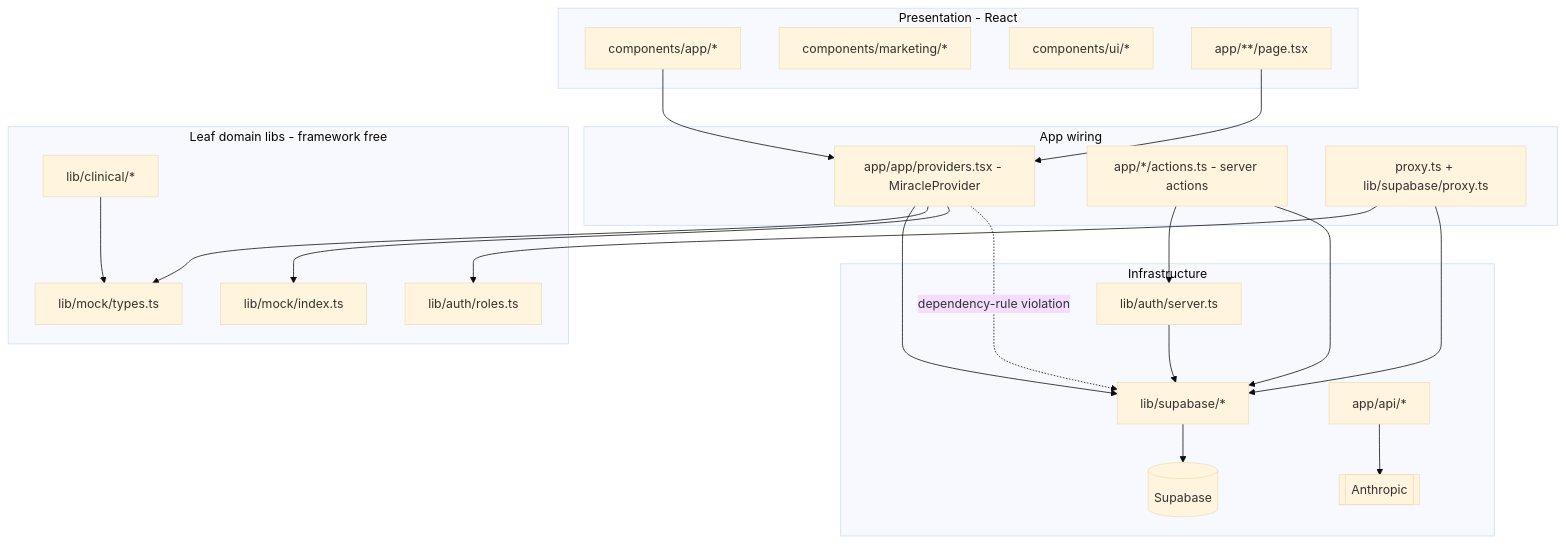
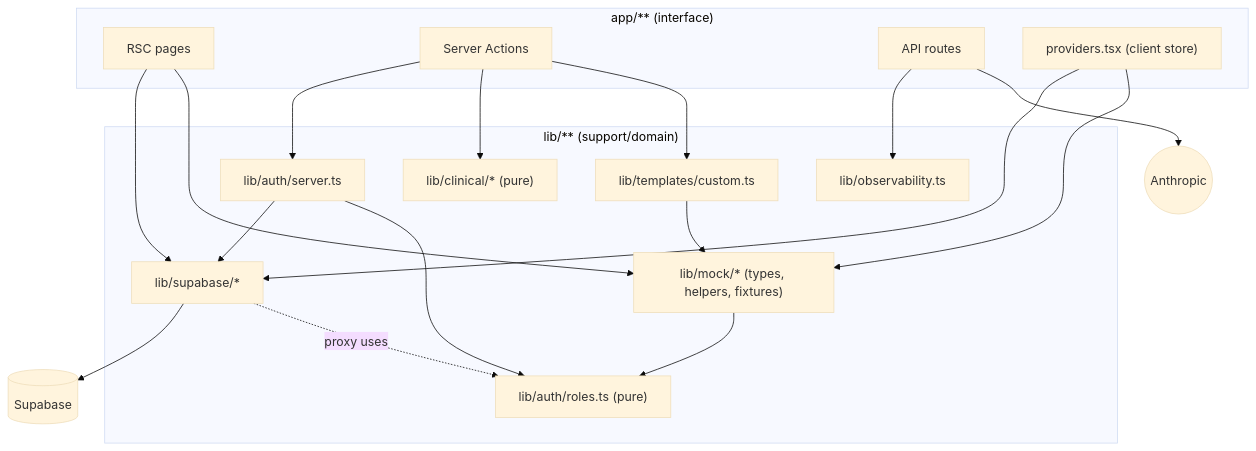
The second of 6 diagrams in architecture-infrastructure.md (joseph1356k/Pagina-web-clientes-final), drawn with Mermaid (base theme) before and after one commit. The commit also changed other lines of this file and 39 other files, not shown here.

````diff
--- a/architecture-infrastructure.md
+++ b/architecture-infrastructure.md
@@ -301,41 +398,33 @@
 ```mermaid
 graph TD
-    subgraph UI[Presentation - React]
-        CMP_APP[components/app/*]
-        CMP_MKT[components/marketing/*]
-        CMP_UI[components/ui/*]
-        PAGES[app/**/page.tsx]
+    subgraph Interface["app/** (interface)"]
+        pages["RSC pages"]
+        actions["Server Actions"]
+        routes["API routes"]
+        providers["providers.tsx (client store)"]
     end
-    subgraph APPLAYER[App wiring]
-        STORE[app/app/providers.tsx - MiracleProvider]
-        ACTIONS[app/*/actions.ts - server actions]
-        PROXY[proxy.ts + lib/supabase/proxy.ts]
+    subgraph Support["lib/** (support/domain)"]
+        authRoles["lib/auth/roles.ts (pure)"]
+        authServer["lib/auth/server.ts"]
+        clinical["lib/clinical/* (pure)"]
+        templates["lib/templates/custom.ts"]
+        mock["lib/mock/* (types, helpers, fixtures)"]
+        sb["lib/supabase/*"]
+        obs["lib/observability.ts"]
     end
-    subgraph LIBLEAF[Leaf domain libs - framework free]
-        TYPES[lib/mock/types.ts]
-        RULES[lib/mock/index.ts]
-        CLIN[lib/clinical/*]
-        ROLES[lib/auth/roles.ts]
-    end
-    subgraph INFRA[Infrastructure]
-        SUPA[lib/supabase/*]
-        AUTHS[lib/auth/server.ts]
-        SBAPI[(Supabase)]
-        ANTHRO[[Anthropic]]
-        APIR[app/api/*]
-    end
-    PAGES --> STORE
-    CMP_APP --> STORE
-    STORE --> SUPA
-    STORE --> TYPES
-    STORE --> RULES
-    ACTIONS --> AUTHS
-    ACTIONS --> SUPA
-    PROXY --> ROLES
-    PROXY --> SUPA
-    AUTHS --> SUPA
-    SUPA --> SBAPI
-    APIR --> ANTHRO
-    CLIN --> TYPES
-    STORE -. dependency-rule violation .-> SUPA
+    DB[("Supabase")]
+    LLM(("Anthropic"))
+
+    pages --> sb --> DB
+    pages --> mock
+    actions --> authServer --> sb
+    actions --> clinical
+    actions --> templates --> mock
+    providers --> sb
+    providers --> mock
+    routes --> obs
+    routes --> LLM
+    authServer --> authRoles
+    sb -. proxy uses .-> authRoles
+    mock --> authRoles
 ```
````
